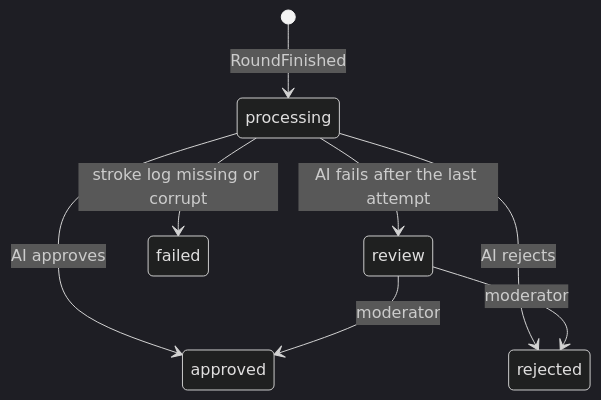
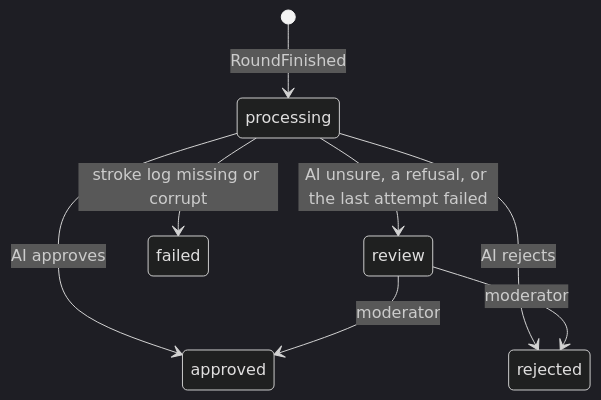
The second of 3 diagrams in docs/design-doc.md (Bowenn/doodle-arena), drawn with Mermaid (dark theme) before and after one commit. The commit also changed other lines of this file and 6 other files, not shown here.

````diff
--- a/docs/design-doc.md
+++ b/docs/design-doc.md
@@ -153,10 +153,10 @@
 ```mermaid
 stateDiagram-v2
   [*] --> processing: RoundFinished
   processing --> approved: AI approves
   processing --> rejected: AI rejects
-  processing --> review: AI fails after the last attempt
+  processing --> review: AI unsure, a refusal, or the last attempt failed
   review --> approved: moderator
   review --> rejected: moderator
   processing --> failed: stroke log missing or corrupt
 ```
````
